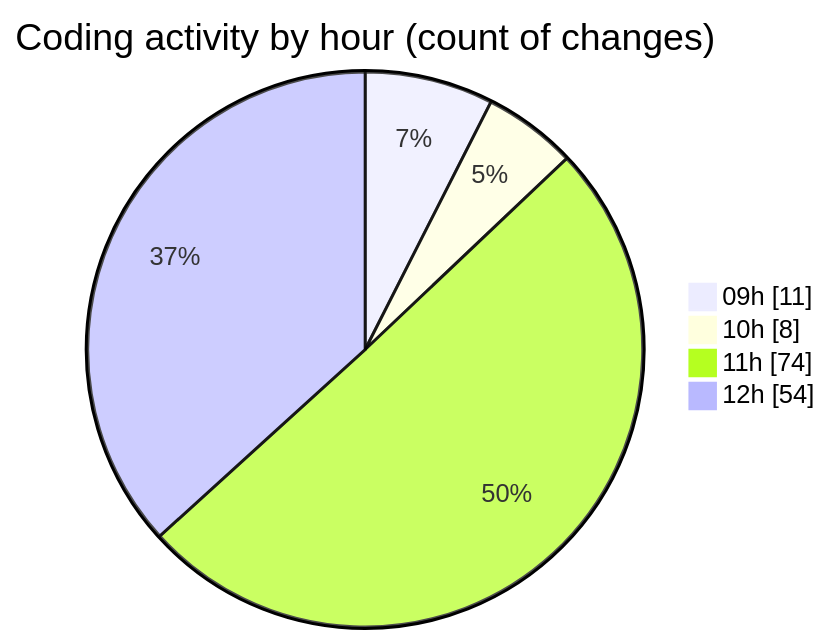
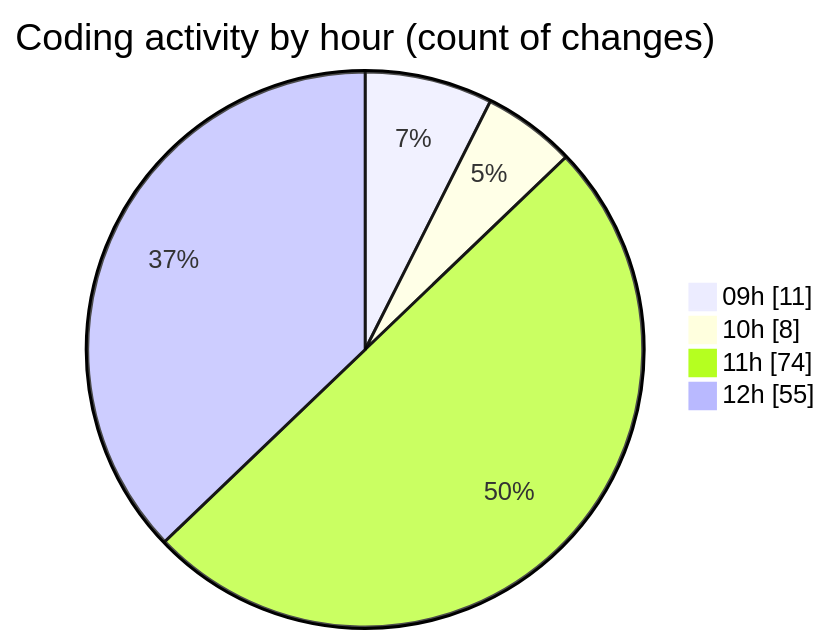
One commit to momahboobian/code-tracking changed the second of 2 diagrams in 2025-10-30/cda/README.md. Above: the diagram before and after it, drawn with Mermaid. The commit also changed other lines of this file and 1 other file, not shown here.

````diff
--- a/2025-10-30/cda/README.md
+++ b/2025-10-30/cda/README.md
@@ -38,8 +38,8 @@
 ```mermaid
 pie showData
 title Coding activity by hour (count of changes)
 "09h" : 11
 "10h" : 8
 "11h" : 74
-"12h" : 54
+"12h" : 55
 ```
````
